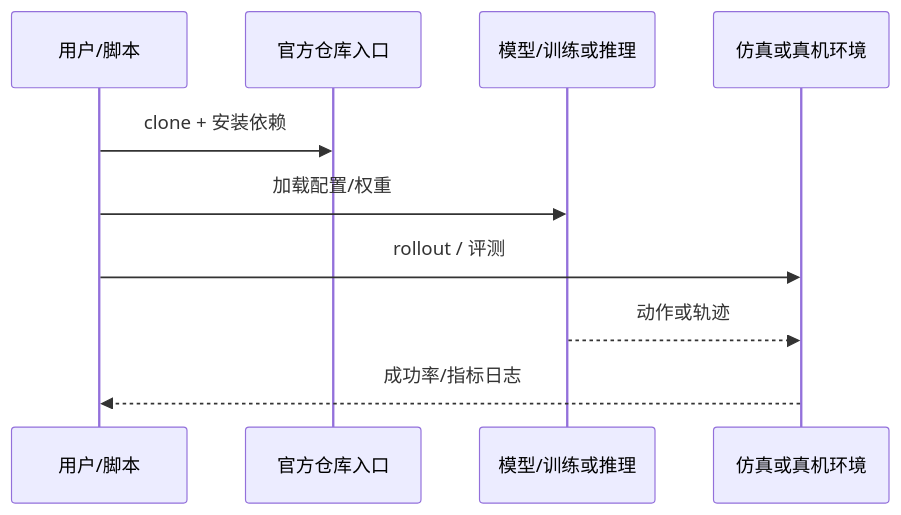
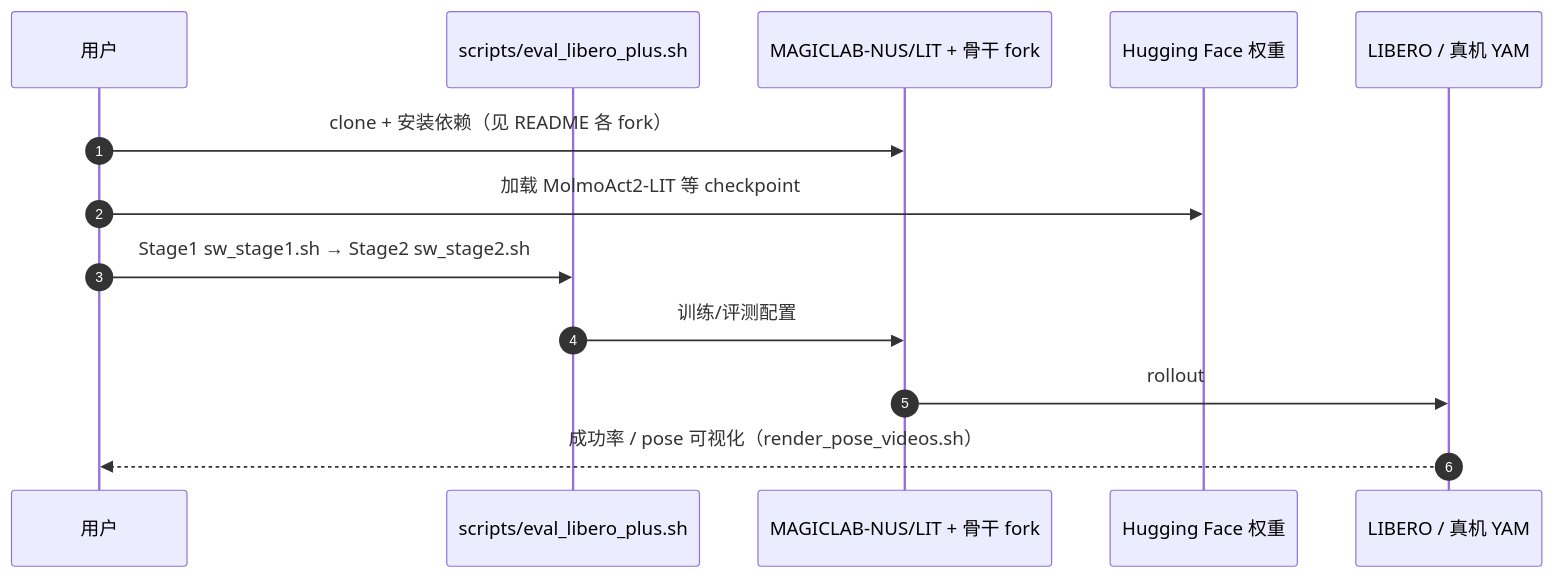
The second of 2 diagrams in wiki/entities/paper-lit-latent-interface-training.md (ImChong/Robotics_Notebooks), drawn with Mermaid before and after one commit. The commit also changed other lines of this file and 16 other files, not shown here.

Commit message:
[2026-09-15] ingest | LIT + Pelican-Sim 1.0 — 更正官方仓库链路与开源核查（MAGICLAB-NUS/LIT、ZouShilong1024/Pelican-Sim1.0）

````diff
--- a/wiki/entities/paper-lit-latent-interface-training.md
+++ b/wiki/entities/paper-lit-latent-interface-training.md
@@ -62,12 +93,15 @@
 ```mermaid
 sequenceDiagram
-  participant U as 用户/脚本
-  participant R as 官方仓库入口
-  participant M as 模型/训练或推理
-  participant E as 仿真或真机环境
-  U->>R: clone + 安装依赖
-  U->>M: 加载配置/权重
-  U->>E: rollout / 评测
-  M-->>E: 动作或轨迹
-  E-->>U: 成功率/指标日志
+  autonumber
+  participant U as 用户
+  participant S as scripts/eval_libero_plus.sh
+  participant R as MAGICLAB-NUS/LIT + 骨干 fork
+  participant HF as Hugging Face 权重
+  participant E as LIBERO / 真机 YAM
+  U->>R: clone + 安装依赖（见 README 各 fork）
+  U->>HF: 加载 MolmoAct2-LIT 等 checkpoint
+  U->>S: Stage1 sw_stage1.sh → Stage2 sw_stage2.sh
+  S->>R: 训练/评测配置
+  R->>E: rollout
+  E-->>U: 成功率 / pose 可视化（render_pose_videos.sh）
 ```
````
